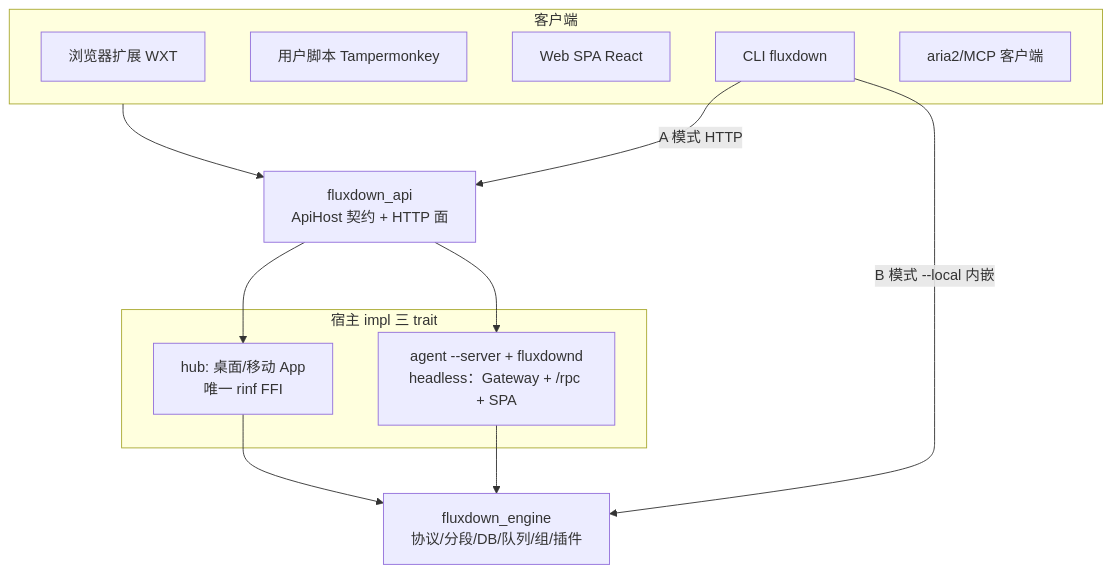
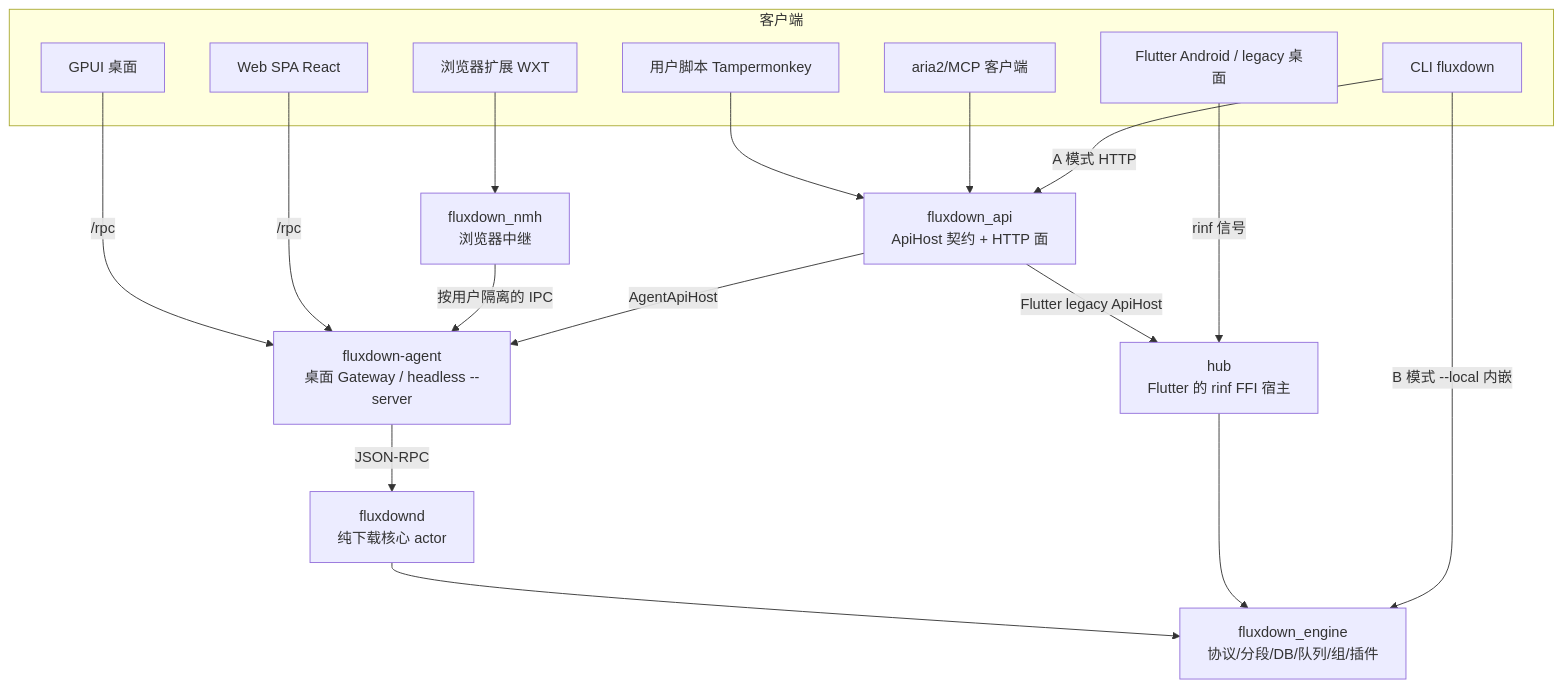
Before and after one commit to MIt-gancm/FluxDown-: the first of 2 diagrams in .omp/knowledge/README.md, drawn with Mermaid. The commit also changed other lines of this file and 32 other files, not shown here.

````diff
--- a/.omp/knowledge/README.md
+++ b/.omp/knowledge/README.md
@@ -41,23 +42,32 @@
 ```mermaid
 flowchart TB
   subgraph clients[客户端]
+    gpui[GPUI 桌面]
+    flutter[Flutter Android / legacy 桌面]
     ext[浏览器扩展 WXT]
     us[用户脚本 Tampermonkey]
     web[Web SPA React]
     cli[CLI fluxdown]
     aria[aria2/MCP 客户端]
   end
-  subgraph hosts[宿主 impl 三 trait]
-    hub[hub: 桌面/移动 App<br/>唯一 rinf FFI]
-    srv[agent --server + fluxdownd<br/>headless：Gateway + /rpc + SPA]
-  end
   api[fluxdown_api<br/>ApiHost 契约 + HTTP 面]
+  nmh[fluxdown_nmh<br/>浏览器中继]
+  agent[fluxdown-agent<br/>桌面 Gateway / headless --server]
+  daemon[fluxdownd<br/>纯下载核心 actor]
+  hub[hub<br/>Flutter 的 rinf FFI 宿主]
   eng[fluxdown_engine<br/>协议/分段/DB/队列/组/插件]
-  clients --> api
-  api --> hub
-  api --> srv
+  gpui -->|/rpc| agent
+  web -->|/rpc| agent
+  ext --> nmh
+  nmh -->|按用户隔离的 IPC| agent
+  us --> api
+  aria --> api
+  api -->|AgentApiHost| agent
+  api -->|Flutter legacy ApiHost| hub
+  agent -->|JSON-RPC| daemon
+  daemon --> eng
+  flutter -->|rinf 信号| hub
   hub --> eng
-  srv --> eng
   cli -->|A 模式 HTTP| api
   cli -->|B 模式 --local 内嵌| eng
 ```
````
